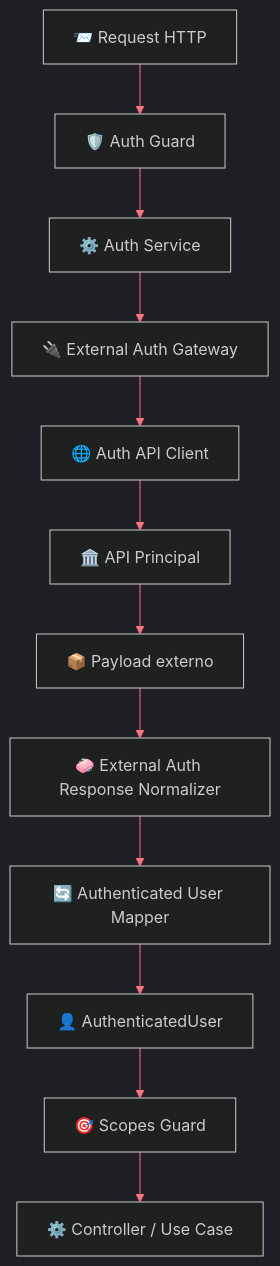
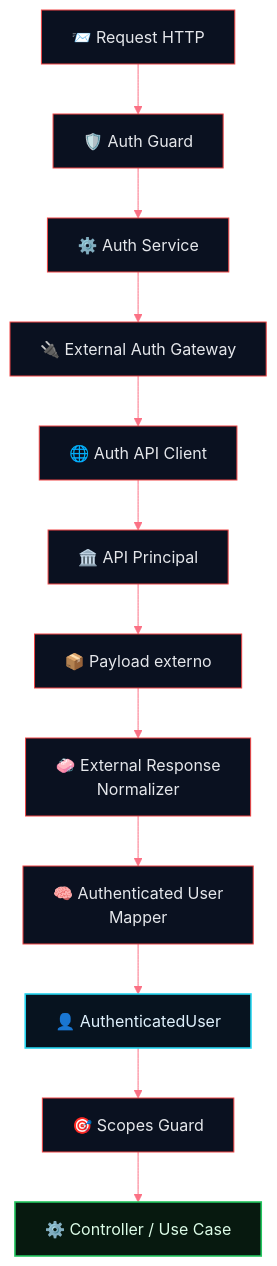
The eighth of 10 diagrams in RFC-0001-Auth.md (matheusdiamantino-betalent/IA), drawn with Mermaid before and after one commit. The commit also changed other lines of this file, not shown here.

````diff
--- a/RFC-0001-Auth.md
+++ b/RFC-0001-Auth.md
@@ -801,27 +792,29 @@
 ```mermaid
-%%{init: {'theme':'dark','themeVariables': {
+%%{init: {'theme':'base','themeVariables': {
   'background':'#020617',
-  'primaryColor':'#0f172a',
-  'primaryTextColor':'#e2e8f0',
-  'primaryBorderColor':'#f43f5e',
+  'primaryColor':'#0a1120',
+  'primaryTextColor':'#e5e7eb',
+  'primaryBorderColor':'#ef4444',
   'lineColor':'#fb7185',
-  'secondaryColor':'#111827',
-  'tertiaryColor':'#1e293b',
-  'clusterBkg':'#0b1120',
-  'clusterBorder':'#e11d48',
-  'fontFamily':'Inter, Segoe UI, Arial',
-  'fontSize':'16px'
+  'secondaryColor':'#0b1220',
+  'tertiaryColor':'#111827',
+  'clusterBkg':'#050816',
+  'clusterBorder':'#f43f5e',
+  'fontFamily':'Inter, Segoe UI, Arial'
 }}}%%
 flowchart TD
     A["📨 Request HTTP"] --> B["🛡️ Auth Guard"]
     B --> C["⚙️ Auth Service"]
     C --> D["🔌 External Auth Gateway"]
     D --> E["🌐 Auth API Client"]
     E --> F["🏛️ API Principal"]
     F --> G["📦 Payload externo"]
-    G --> H["🧼 External Auth Response Normalizer"]
-    H --> I["🔄 Authenticated User Mapper"]
+    G --> H["🧼 External Response<br/>Normalizer"]
+    H --> I["🧠 Authenticated User<br/>Mapper"]
     I --> J["👤 AuthenticatedUser"]
     J --> K["🎯 Scopes Guard"]
     K --> L["⚙️ Controller / Use Case"]
+
+    style J fill:#07131f,stroke:#22d3ee,stroke-width:1.6px,color:#e0f2fe
+    style L fill:#07190f,stroke:#22c55e,stroke-width:1.6px,color:#dcfce7
 ```
````
